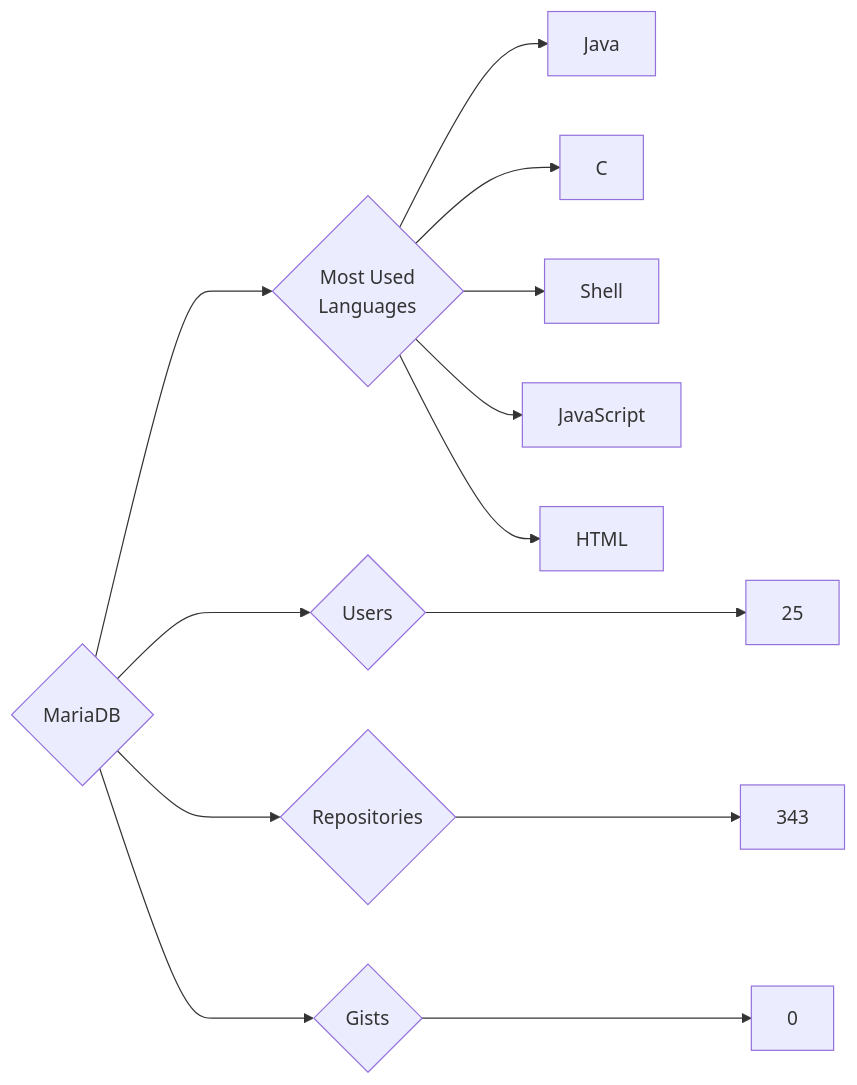
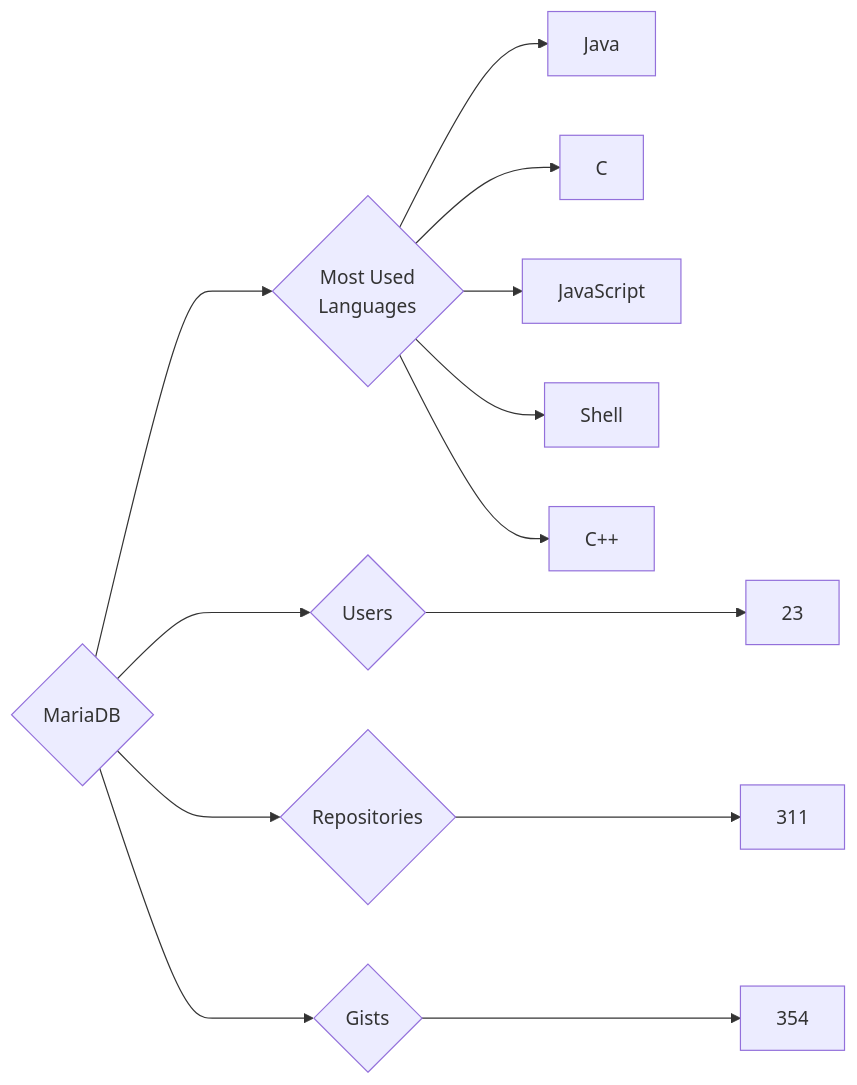
One commit to trickest/insiders changed the diagram in targets/MariaDB/README.md. Above: the diagram before and after it, drawn with Mermaid. The commit also changed 932 other files, not shown here.

````diff
--- a/targets/MariaDB/README.md
+++ b/targets/MariaDB/README.md
@@ -3,13 +3,13 @@
 ```mermaid
 graph LR
 COMPANY_NAME{MariaDB}
-COMPANY_NAME ---> U{Users} ---> UN[25]
-COMPANY_NAME ---> R{Repositories} ---> RN[343]
-COMPANY_NAME ---> G{Gists} ---> GN[0]
+COMPANY_NAME ---> U{Users} ---> UN[23]
+COMPANY_NAME ---> R{Repositories} ---> RN[311]
+COMPANY_NAME ---> G{Gists} ---> GN[354]
 COMPANY_NAME ---> ML{Most Used<br>Languages}
 ML --> Java[Java]
 ML --> C[C]
+ML --> JavaScript[JavaScript]
 ML --> Shell[Shell]
-ML --> JavaScript[JavaScript]
-ML --> HTML[HTML]
+ML --> C++[C++]
 ```
````
